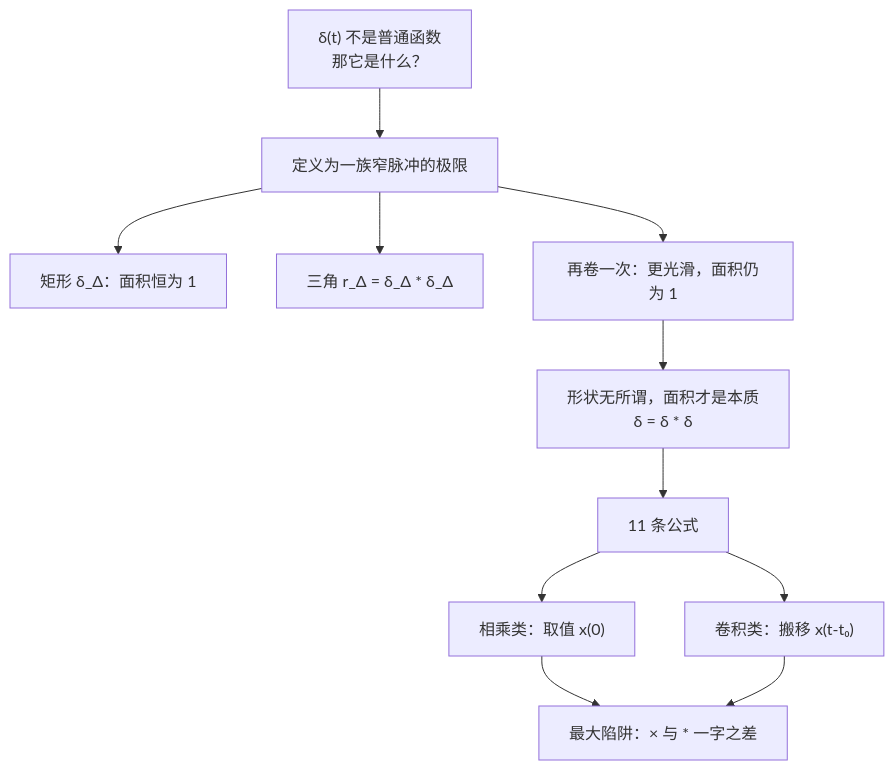
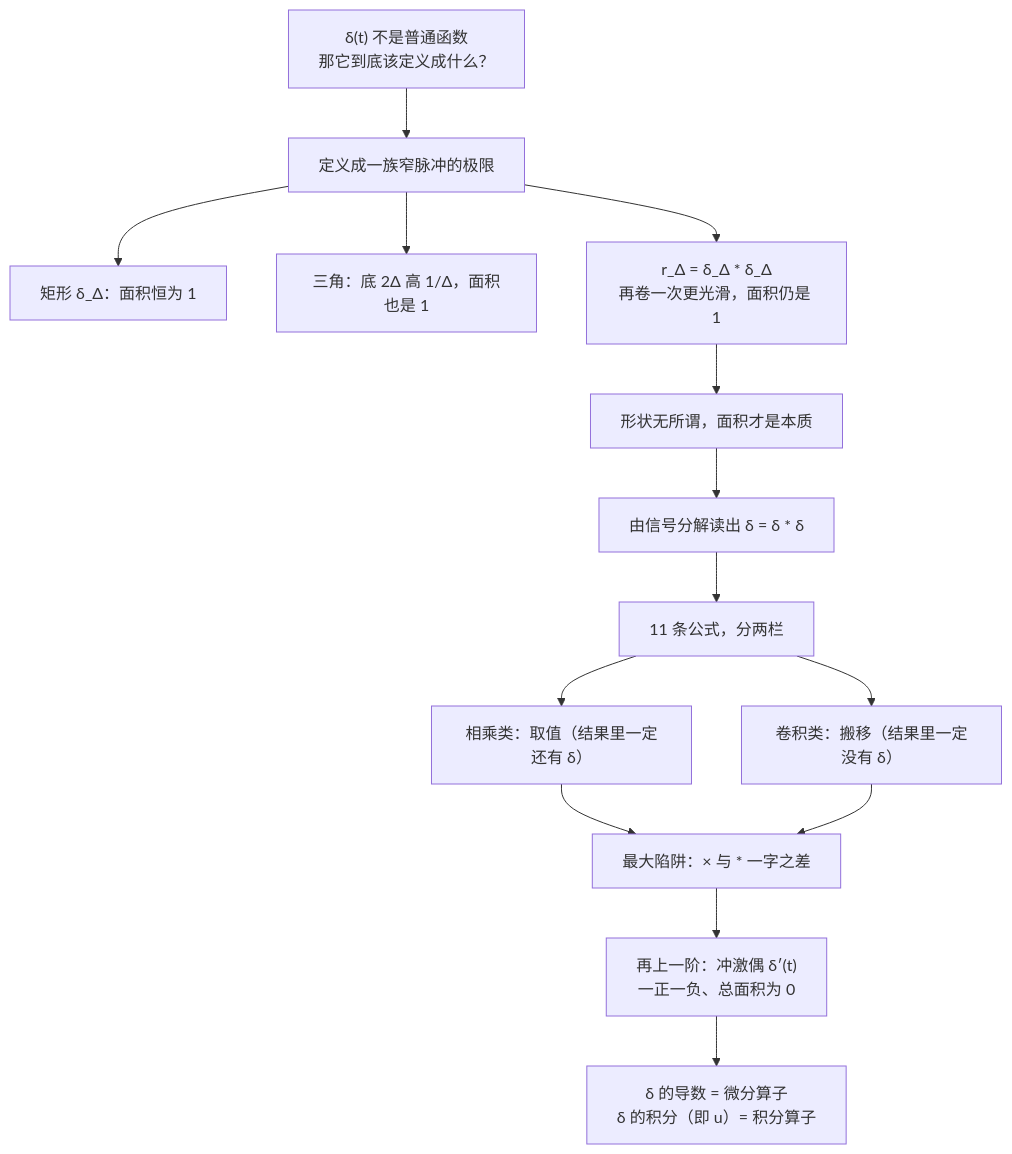
The first of 3 diagrams in 信号与系统/C2.7 奇异函数.md (KayeAdams515/ClaudeNotes), drawn with Mermaid before and after one commit. The commit also changed other lines of this file and 23 other files, not shown here.

````diff
--- a/信号与系统/C2.7 奇异函数.md
+++ b/信号与系统/C2.7 奇异函数.md
@@ -31,13 +34,16 @@
 ```mermaid
 flowchart TD
-    A["δ(t) 不是普通函数<br/>那它是什么？"] --> B["定义为一族窄脉冲的极限"]
+    A["δ(t) 不是普通函数<br/>那它到底该定义成什么？"] --> B["定义成一族窄脉冲的极限"]
     B --> B1["矩形 δ_Δ：面积恒为 1"]
-    B --> B2["三角 r_Δ = δ_Δ * δ_Δ"]
-    B --> B3["再卷一次：更光滑，面积仍为 1"]
-    B3 --> C["形状无所谓，面积才是本质<br/>δ = δ * δ"]
-    C --> D["11 条公式"]
-    D --> D1["相乘类：取值 x(0)"]
-    D --> D2["卷积类：搬移 x(t-t₀)"]
+    B --> B2["三角：底 2Δ 高 1/Δ，面积也是 1"]
+    B --> B3["r_Δ = δ_Δ * δ_Δ<br/>再卷一次更光滑，面积仍是 1"]
+    B3 --> C["形状无所谓，面积才是本质"]
+    C --> C1["由信号分解读出 δ = δ * δ"]
+    C1 --> D["11 条公式，分两栏"]
+    D --> D1["相乘类：取值（结果里一定还有 δ）"]
+    D --> D2["卷积类：搬移（结果里一定没有 δ）"]
     D1 --> E["最大陷阱：× 与 * 一字之差"]
     D2 --> E
+    E --> F["再上一阶：冲激偶 δ′(t)<br/>一正一负、总面积为 0"]
+    F --> G["δ 的导数 = 微分算子<br/>δ 的积分（即 u）= 积分算子"]
 ```
````
